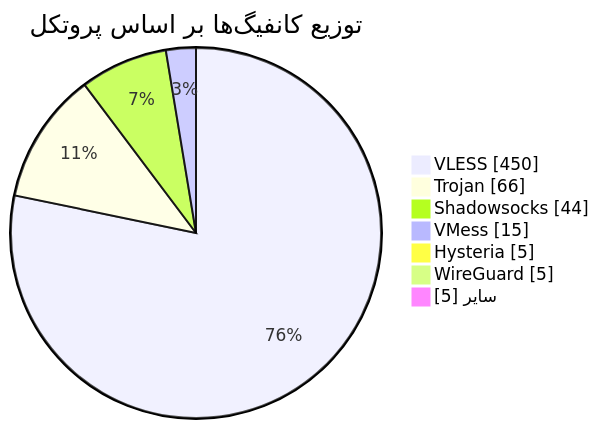
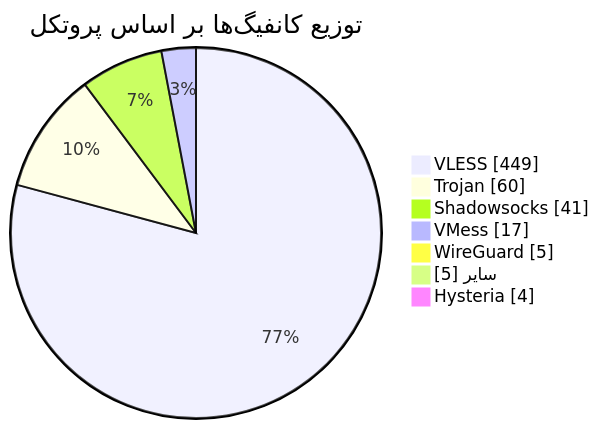
One commit to Arian-Alijani/Somthing changed the diagram in README.md. Above: the diagram before and after it, drawn with Mermaid. The commit also changed other lines of this file and 17 other files, not shown here.

````diff
--- a/README.md
+++ b/README.md
@@ -49,11 +49,11 @@
 ```mermaid
 pie showData
     title توزیع کانفیگ‌ها بر اساس پروتکل
-    "VLESS" : 450
-    "Trojan" : 66
-    "Shadowsocks" : 44
-    "VMess" : 15
-    "Hysteria" : 5
+    "VLESS" : 449
+    "Trojan" : 60
+    "Shadowsocks" : 41
+    "VMess" : 17
     "WireGuard" : 5
     "سایر" : 5
+    "Hysteria" : 4
 ```
````
